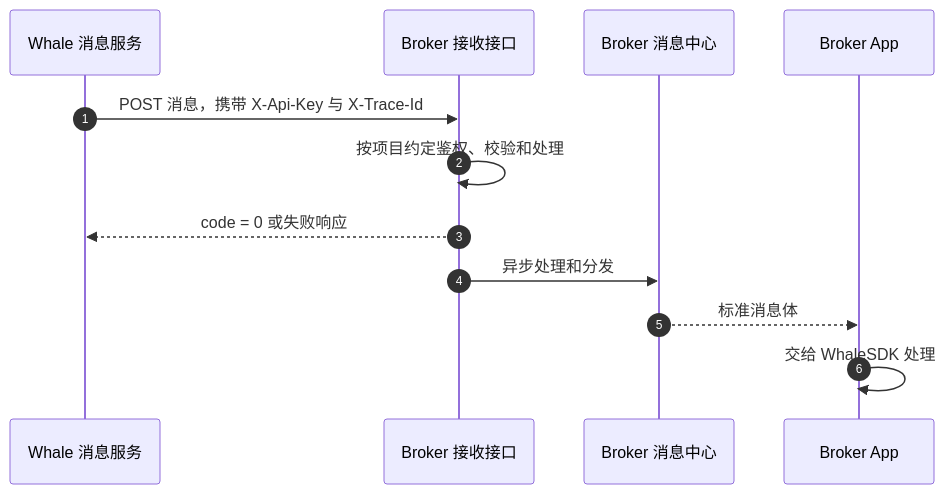
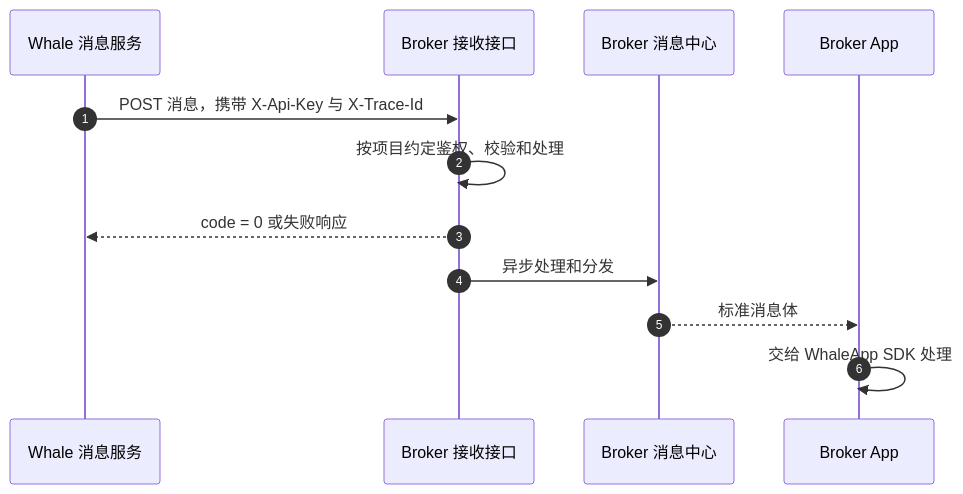
Before and after one commit to longbridge/whale-docs: the diagram in cn/docs/server-message-forwarding.mdx, drawn with Mermaid. The commit also changed other lines of this file and 50 other files, not shown here.

Commit message:
docs: define Whale SDK product hierarchy

````diff
--- a/cn/docs/server-message-forwarding.mdx
+++ b/cn/docs/server-message-forwarding.mdx
@@ -10,14 +10,14 @@
 ```mermaid
 sequenceDiagram
     autonumber
     participant Whale as Whale 消息服务
     participant API as Broker 接收接口
     participant Center as Broker 消息中心
     participant App as Broker App
     Whale->>API: POST 消息，携带 X-Api-Key 与 X-Trace-Id
     API->>API: 按项目约定鉴权、校验和处理
     API-->>Whale: code = 0 或失败响应
     API->>Center: 异步处理和分发
     Center-->>App: 标准消息体
-    App->>App: 交给 WhaleSDK 处理
+    App->>App: 交给 WhaleApp SDK 处理
 ```
````
